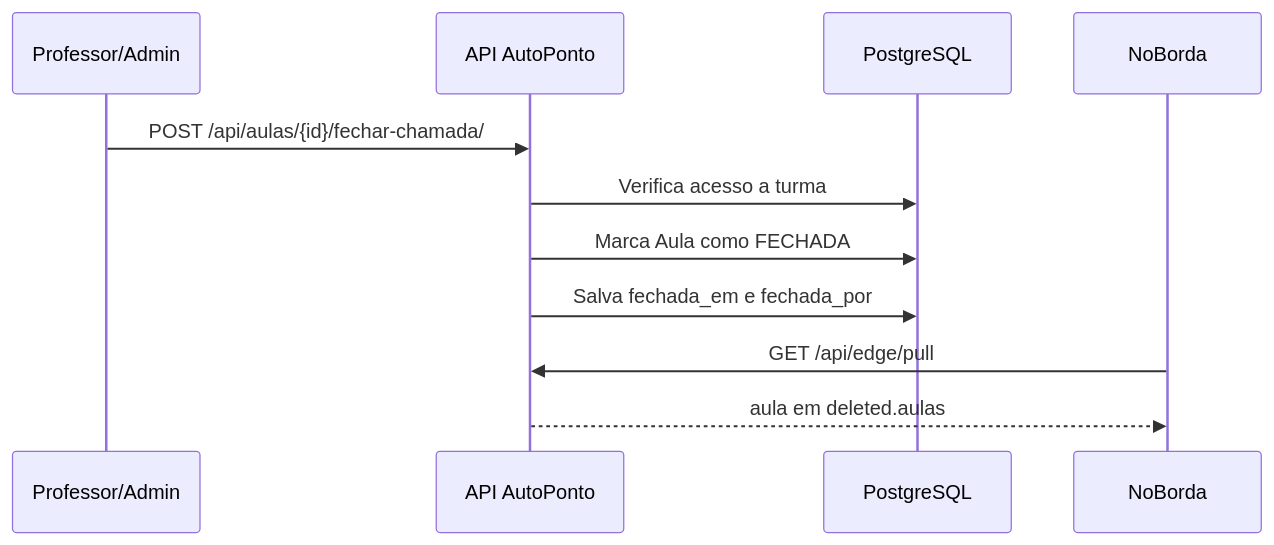
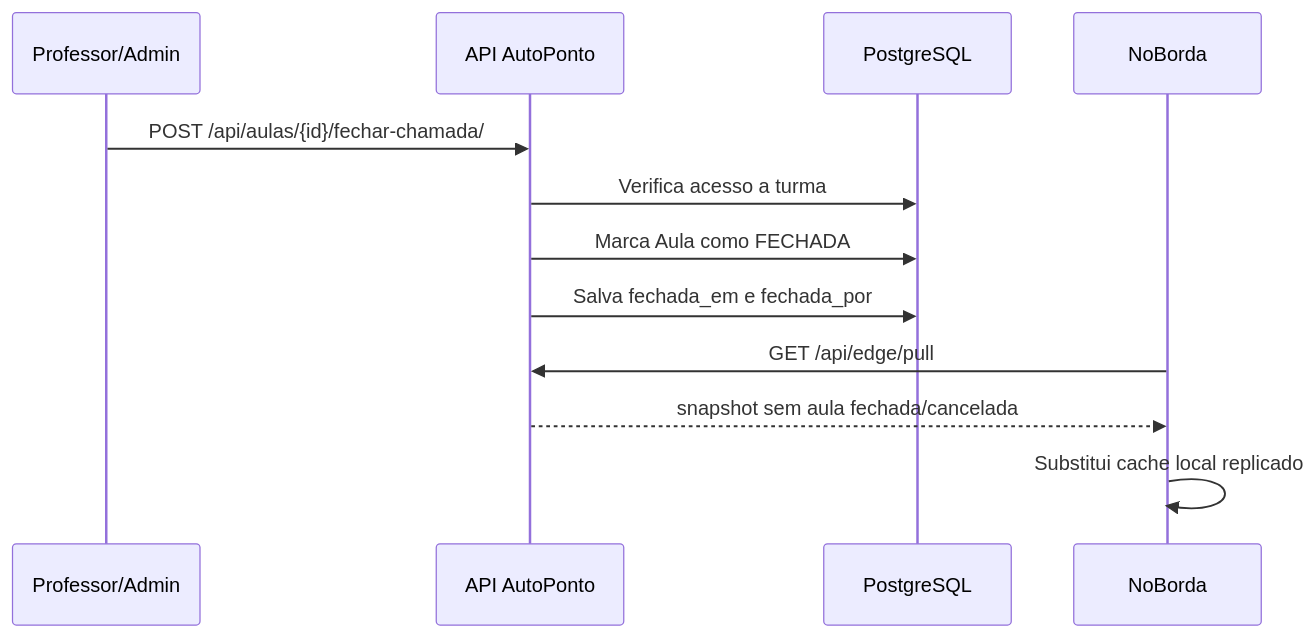
The seventh of 10 diagrams in autoponto-backend/docs/diagramas-tcc.md (DanielKGM/autoponto), drawn with Mermaid before and after one commit. The commit also changed other lines of this file and 17 other files, not shown here.

First line of the commit message:
feat: Refactor edge synchronization to use authoritative snapshot instead of incremental updates

````diff
--- a/autoponto-backend/docs/diagramas-tcc.md
+++ b/autoponto-backend/docs/diagramas-tcc.md
@@ -149,14 +149,15 @@
 ```mermaid
 sequenceDiagram
     participant Professor as Professor/Admin
     participant API as API AutoPonto
     participant DB as PostgreSQL
     participant Edge as NoBorda
 
     Professor->>API: POST /api/aulas/{id}/fechar-chamada/
     API->>DB: Verifica acesso a turma
     API->>DB: Marca Aula como FECHADA
     API->>DB: Salva fechada_em e fechada_por
     Edge->>API: GET /api/edge/pull
-    API-->>Edge: aula em deleted.aulas
+    API-->>Edge: snapshot sem aula fechada/cancelada
+    Edge->>Edge: Substitui cache local replicado
 ```
````
